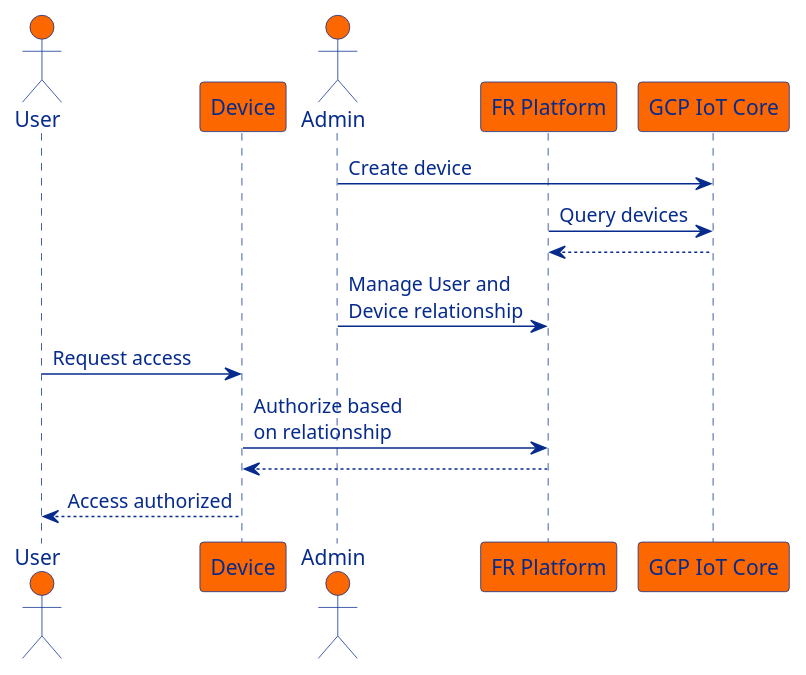
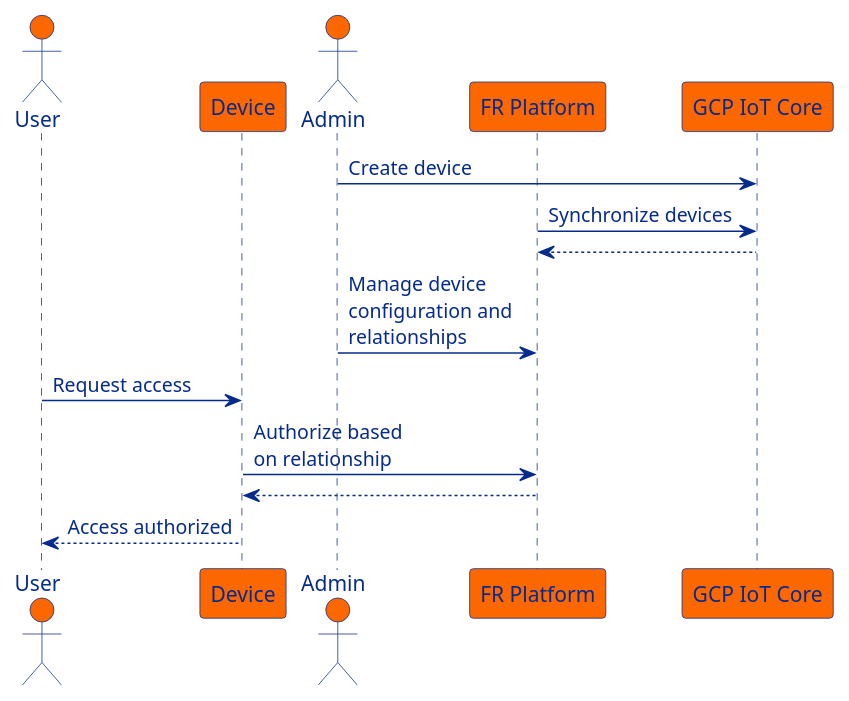
The diagram in examples/proof-of-concept/gcp-iot/docs/device-management.puml (ForgeRock/iot-edge), drawn with PlantUML before and after one commit. The commit also changed 22 other files, not shown here.

```diff
--- a/examples/proof-of-concept/gcp-iot/docs/device-management.puml
+++ b/examples/proof-of-concept/gcp-iot/docs/device-management.puml
@@ -1,32 +1,32 @@
 @startuml
 
 skinparam sequence {
     ArrowFontColor #062b8c
     ArrowColor #062b8c
     LifeLineBorderColor #062b8c
 
     ParticipantBorderColor #062b8c
     ParticipantBackgroundColor #fc6700
     ParticipantFontColor #062b8c
 
     ActorBorderColor #062b8c
     ActorBackgroundColor #fc6700
     ActorFontColor #062b8c
 }
 
 actor "User" as us
 participant Device as dv
 actor "Admin" as ad
 participant "FR Platform" as fr
 participant "GCP IoT Core" as gcp
 
 ad -> gcp : Create device
-fr -> gcp : Query devices
+fr -> gcp : Synchronize devices
 gcp --> fr
-ad -> fr : Manage User and \nDevice relationship
+ad -> fr : Manage device\nconfiguration and\nrelationships
 us -> dv : Request access
 dv -> fr : Authorize based \non relationship
 fr --> dv
 dv --> us : Access authorized
 
 @enduml
```
